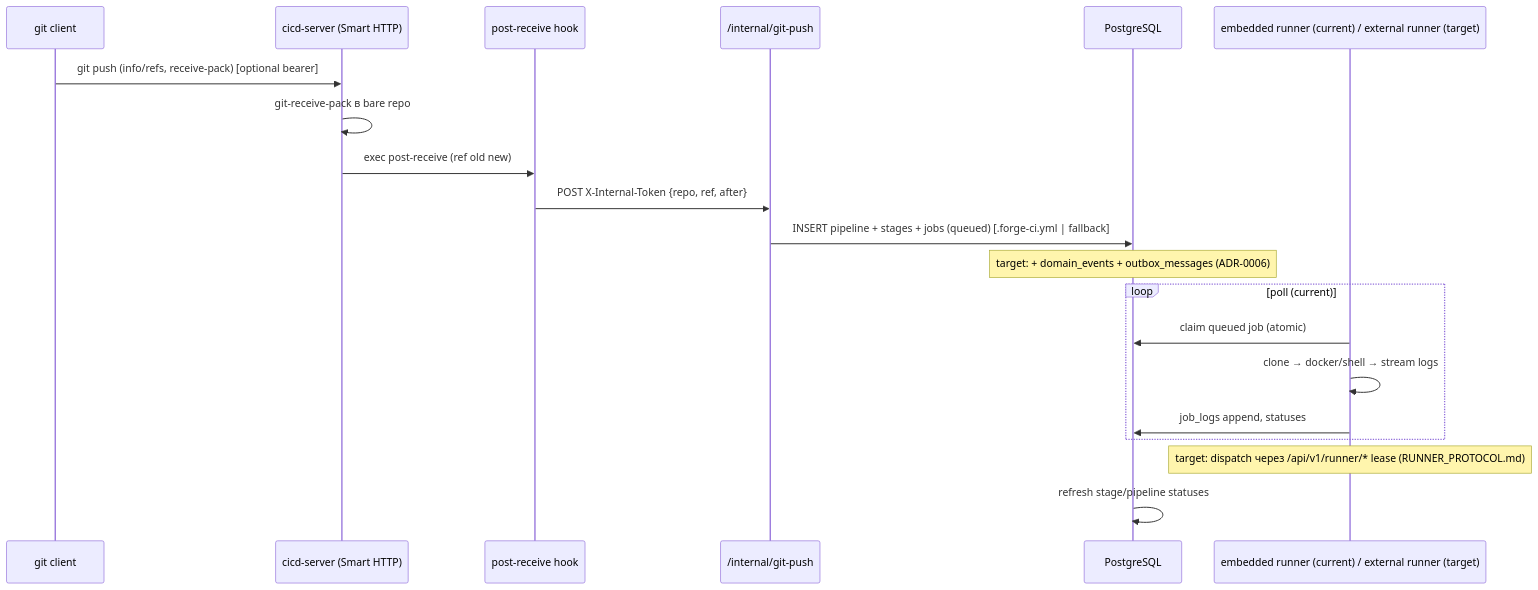
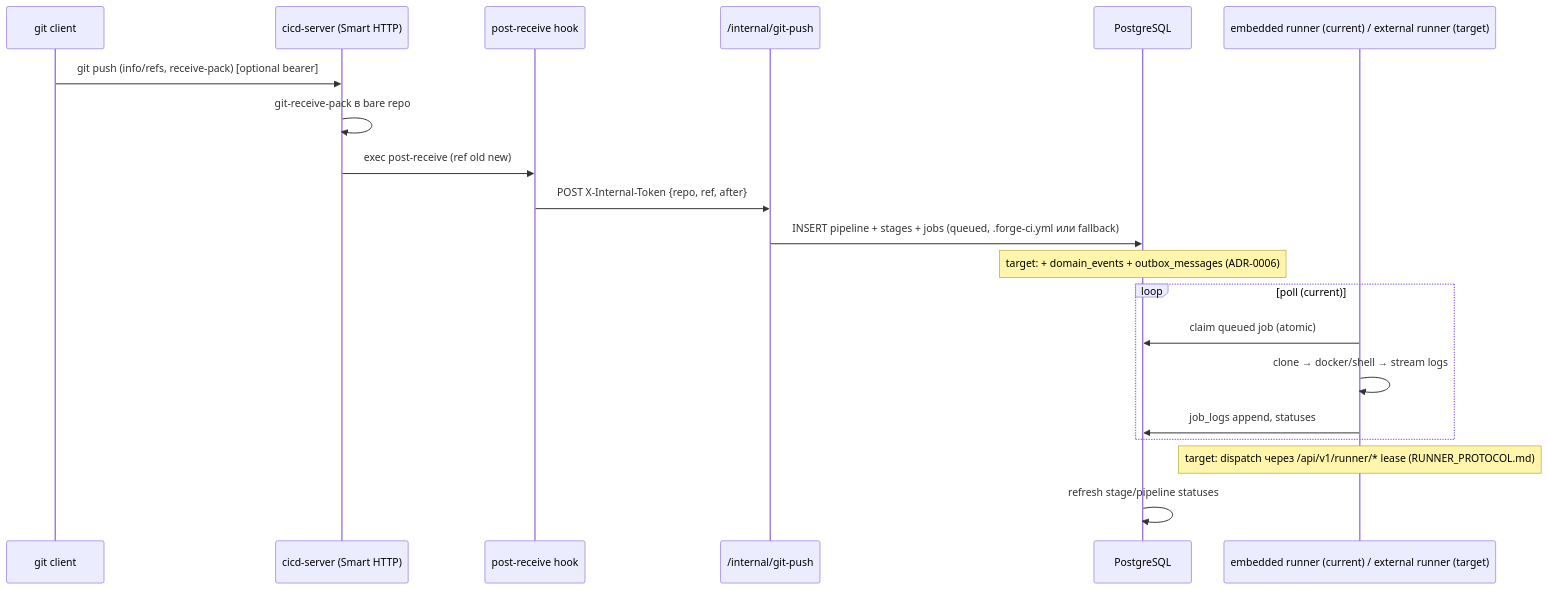
The diagram in docs/architecture/sequences/pipeline-trigger.md (FerrPOINT/CI-CD), drawn with Mermaid before and after one commit. The commit also changed 2 other files, not shown here.

Commit message:
docs: mermaid fixes — pipe in node label (pipeline-trigger), semicolons in sequence messages (migration-deploy, runner-lease)

````diff
--- a/docs/architecture/sequences/pipeline-trigger.md
+++ b/docs/architecture/sequences/pipeline-trigger.md
@@ -3,23 +3,23 @@
 ```mermaid
 sequenceDiagram
     participant G as git client
     participant API as cicd-server (Smart HTTP)
     participant H as post-receive hook
     participant INT as /internal/git-push
     participant DB as PostgreSQL
     participant R as embedded runner (current) / external runner (target)
 
     G->>API: git push (info/refs, receive-pack) [optional bearer]
     API->>API: git-receive-pack в bare repo
     API->>H: exec post-receive (ref old new)
     H->>INT: POST X-Internal-Token {repo, ref, after}
-    INT->>DB: INSERT pipeline + stages + jobs (queued) [.forge-ci.yml | fallback]
+    INT->>DB: INSERT pipeline + stages + jobs (queued, .forge-ci.yml или fallback)
     Note over DB: target: + domain_events + outbox_messages (ADR-0006)
     loop poll (current)
         R->>DB: claim queued job (atomic)
         R->>R: clone → docker/shell → stream logs
         R->>DB: job_logs append, statuses
     end
     Note over R: target: dispatch через /api/v1/runner/* lease (RUNNER_PROTOCOL.md)
     DB->>DB: refresh stage/pipeline statuses
 ```
````
